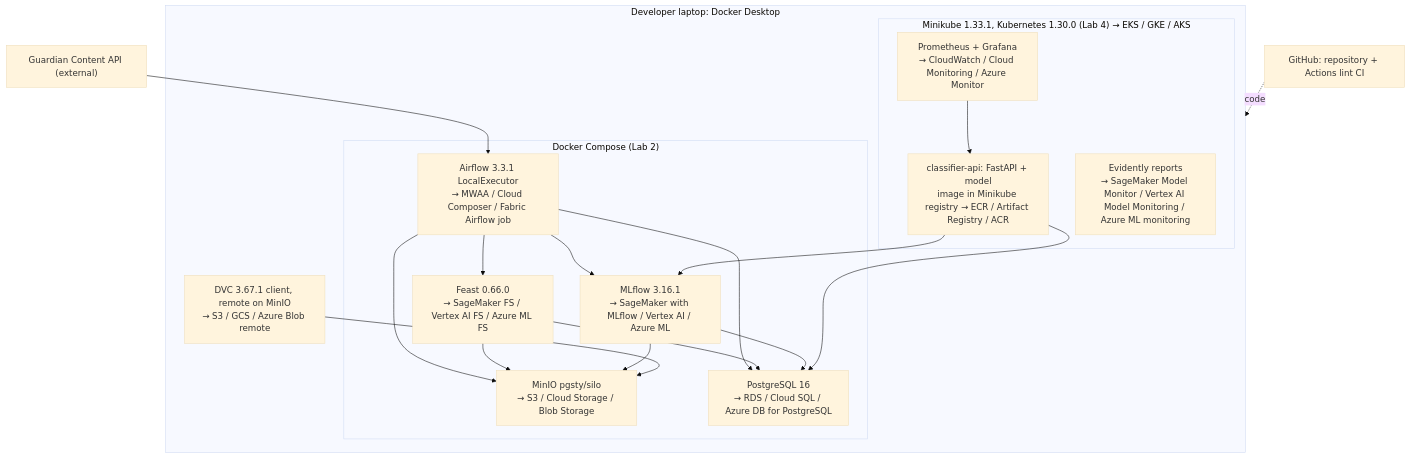
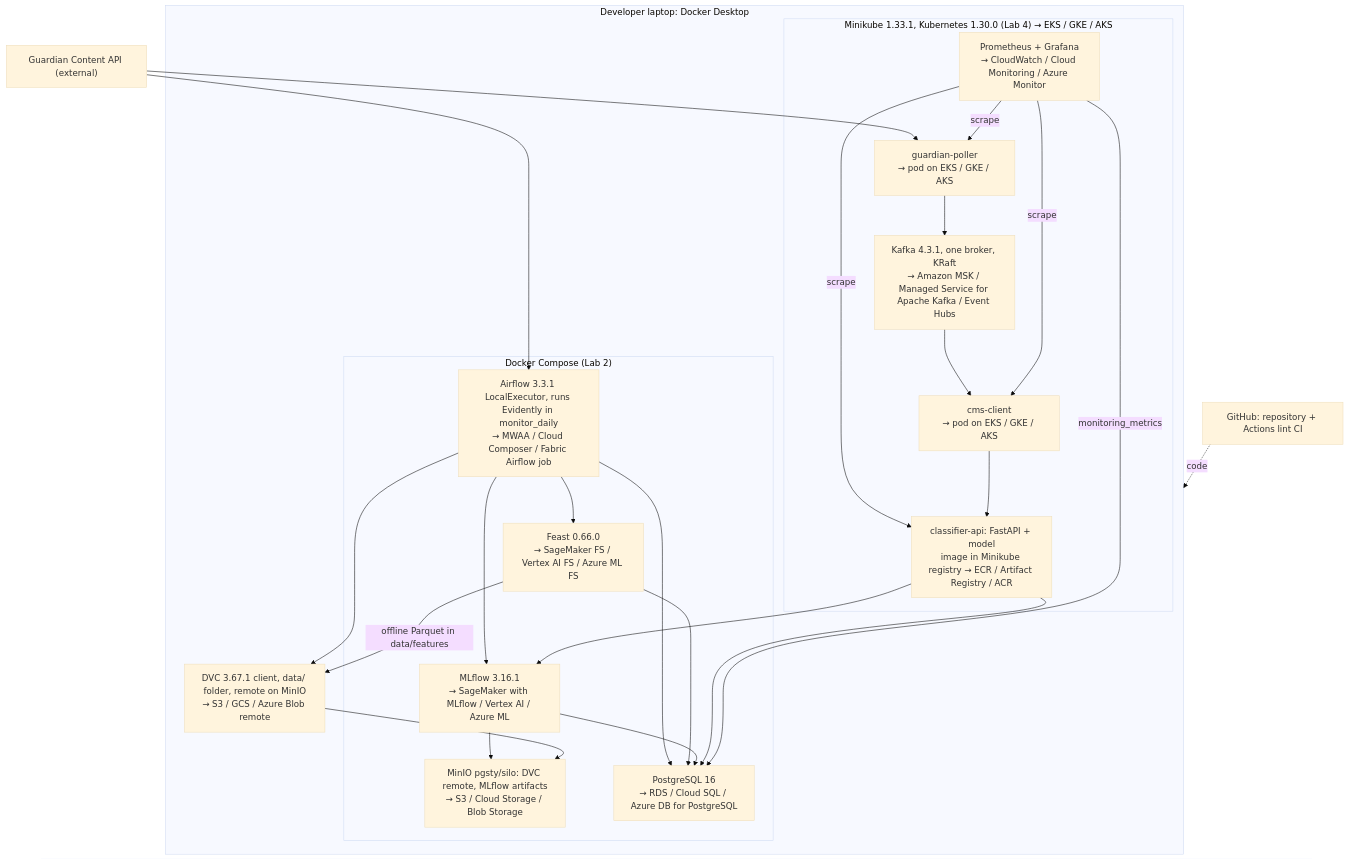
One commit to anechytailenko/mlops_course_repo changed the third of 3 diagrams in docs/design.md. Above: the diagram before and after it, drawn with Mermaid (base theme). The commit also changed other lines of this file and 1 other file, not shown here.

Commit message:
fix data lake and lakehouse arch design

````diff
--- a/docs/design.md
+++ b/docs/design.md
@@ -366,34 +406,43 @@
 ```mermaid
 flowchart TB
   subgraph DEV["Developer laptop: Docker Desktop"]
     subgraph COMPOSE["Docker Compose (Lab 2)"]
-      MINIO["MinIO pgsty/silo<br/>→ S3 / Cloud Storage / Blob Storage"]
+      MINIO["MinIO pgsty/silo: DVC remote, MLflow artifacts<br/>→ S3 / Cloud Storage / Blob Storage"]
       PG["PostgreSQL 16<br/>→ RDS / Cloud SQL / Azure DB for PostgreSQL"]
-      AF["Airflow 3.3.1 LocalExecutor<br/>→ MWAA / Cloud Composer / Fabric Airflow job"]
+      AF["Airflow 3.3.1 LocalExecutor, runs Evidently in monitor_daily<br/>→ MWAA / Cloud Composer / Fabric Airflow job"]
       MLF["MLflow 3.16.1<br/>→ SageMaker with MLflow / Vertex AI / Azure ML"]
       FEAST["Feast 0.66.0<br/>→ SageMaker FS / Vertex AI FS / Azure ML FS"]
     end
     subgraph MK["Minikube 1.33.1, Kubernetes 1.30.0 (Lab 4) → EKS / GKE / AKS"]
       CAPI["classifier-api: FastAPI + model<br/>image in Minikube registry → ECR / Artifact Registry / ACR"]
       MONS["Prometheus + Grafana<br/>→ CloudWatch / Cloud Monitoring / Azure Monitor"]
-      EVI["Evidently reports<br/>→ SageMaker Model Monitor / Vertex AI Model Monitoring / Azure ML monitoring"]
+      KAFKA["Kafka 4.3.1, one broker, KRaft<br/>→ Amazon MSK / Managed Service for Apache Kafka / Event Hubs"]
+      POLLER["guardian-poller<br/>→ pod on EKS / GKE / AKS"]
+      CMSC2["cms-client<br/>→ pod on EKS / GKE / AKS"]
     end
-    DVCC["DVC 3.67.1 client, remote on MinIO<br/>→ S3 / GCS / Azure Blob remote"]
+    DVCC["DVC 3.67.1 client, data/ folder, remote on MinIO<br/>→ S3 / GCS / Azure Blob remote"]
   end
   GH["GitHub: repository + Actions lint CI"]
   GAPI2["Guardian Content API (external)"]
   GAPI2 --> AF
-  AF --> MINIO
+  AF --> DVCC
   AF --> PG
   AF --> MLF
   AF --> FEAST
   FEAST --> PG
-  FEAST --> MINIO
+  FEAST -->|"offline Parquet in data/features"| DVCC
   MLF --> PG
   MLF --> MINIO
   DVCC --> MINIO
   CAPI --> PG
   CAPI --> MLF
-  MONS --> CAPI
+  MONS -->|"scrape"| CAPI
+  MONS -->|"monitoring_metrics"| PG
+  GAPI2 --> POLLER
+  POLLER --> KAFKA
+  KAFKA --> CMSC2
+  CMSC2 --> CAPI
+  MONS -->|"scrape"| POLLER
+  MONS -->|"scrape"| CMSC2
   GH -.->|"code"| DEV
 ```
````
